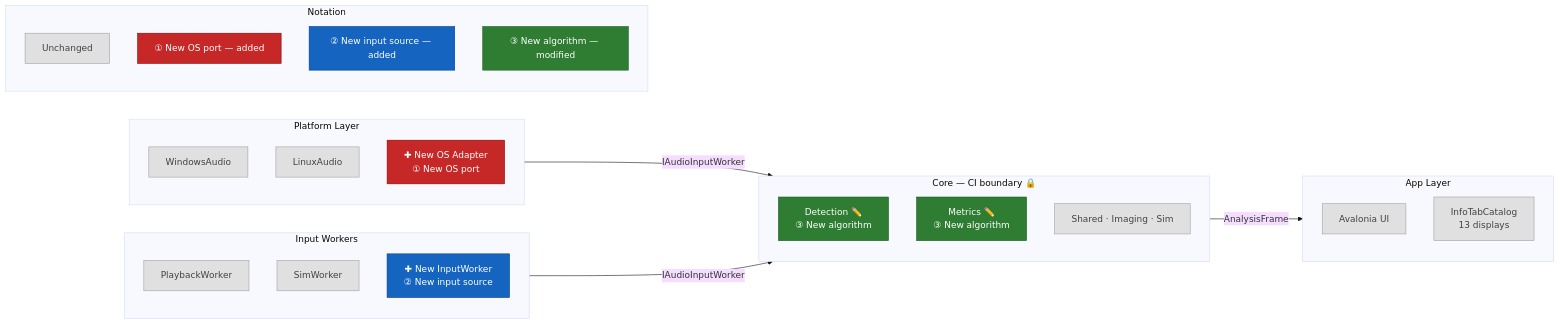
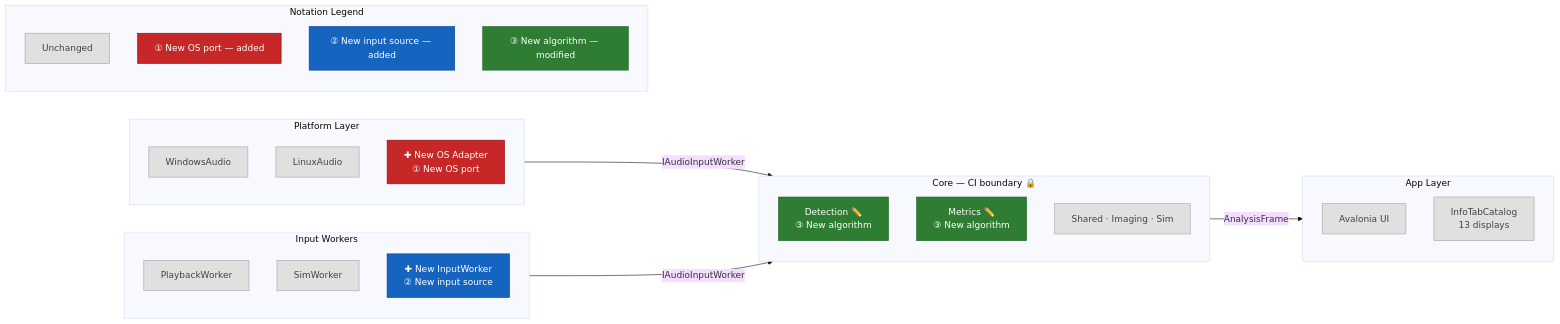
The fourth of 4 diagrams in FinalDemo/FinalDemo-Part2.md (lgcmu2026-team5/TimeGrapher-Docs), drawn with Mermaid (base theme) before and after one commit. The commit also changed other lines of this file, not shown here.

````diff
--- a/FinalDemo/FinalDemo-Part2.md
+++ b/FinalDemo/FinalDemo-Part2.md
@@ -263,40 +263,40 @@
 ```mermaid
 flowchart LR
     subgraph PLAT["Platform Layer"]
         WIN["WindowsAudio"]
         LIN["LinuxAudio"]
         NEWOS["✚ New OS Adapter\n① New OS port"]
     end
     subgraph INPUT["Input Workers"]
         WAV["PlaybackWorker"]
         SIM["SimWorker"]
         NEWIN["✚ New InputWorker\n② New input source"]
     end
     subgraph CORE["Core — CI boundary 🔒"]
         DET["Detection ✏️\n③ New algorithm"]
         MET["Metrics ✏️\n③ New algorithm"]
         SHD["Shared · Imaging · Sim"]
     end
     subgraph APP["App Layer"]
         UI["Avalonia UI"]
         CAT["InfoTabCatalog\n13 displays"]
     end
-    subgraph LEGEND["Notation"]
+    subgraph LEGEND["Notation Legend"]
         L_STABLE["Unchanged"]
         L_S1["① New OS port — added"]
         L_S2["② New input source — added"]
         L_S3["③ New algorithm — modified"]
     end
     PLAT -->|IAudioInputWorker| CORE
     INPUT -->|IAudioInputWorker| CORE
     CORE -->|AnalysisFrame| APP
 
     classDef stable fill:#e0e0e0,stroke:#9e9e9e,color:#424242
     classDef s1 fill:#c62828,color:#fff,stroke:#8e0000
     classDef s2 fill:#1565c0,color:#fff,stroke:#003c8f
     classDef s3 fill:#2e7d32,color:#fff,stroke:#1b5e20
     class WIN,LIN,WAV,SIM,SHD,UI,CAT,L_STABLE stable
     class NEWOS,L_S1 s1
     class NEWIN,L_S2 s2
     class DET,MET,L_S3 s3
 ```
````
